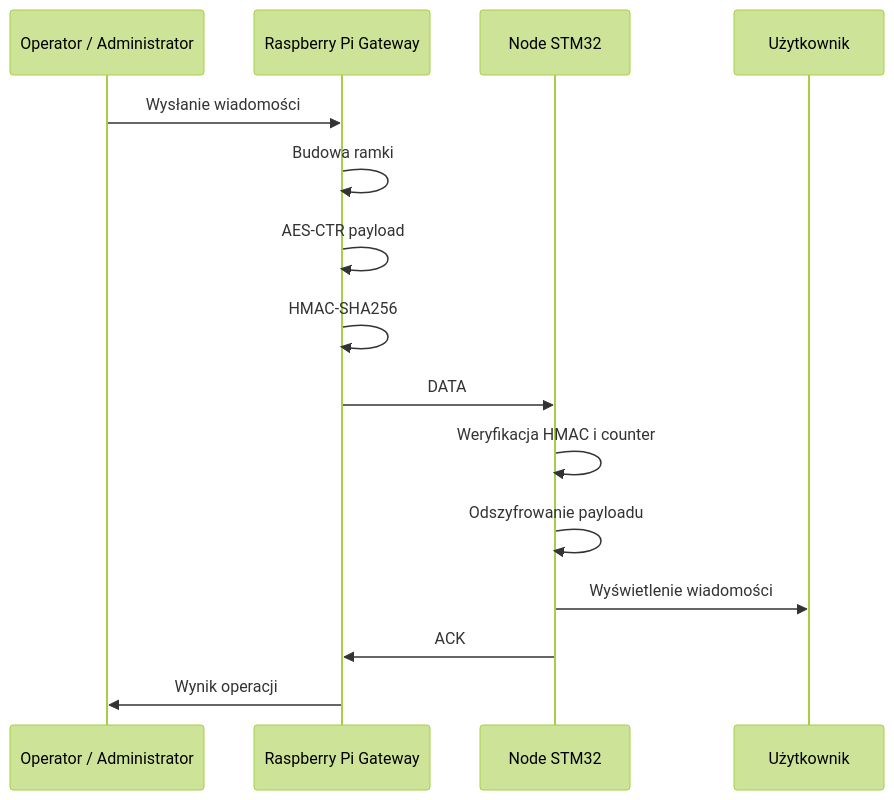
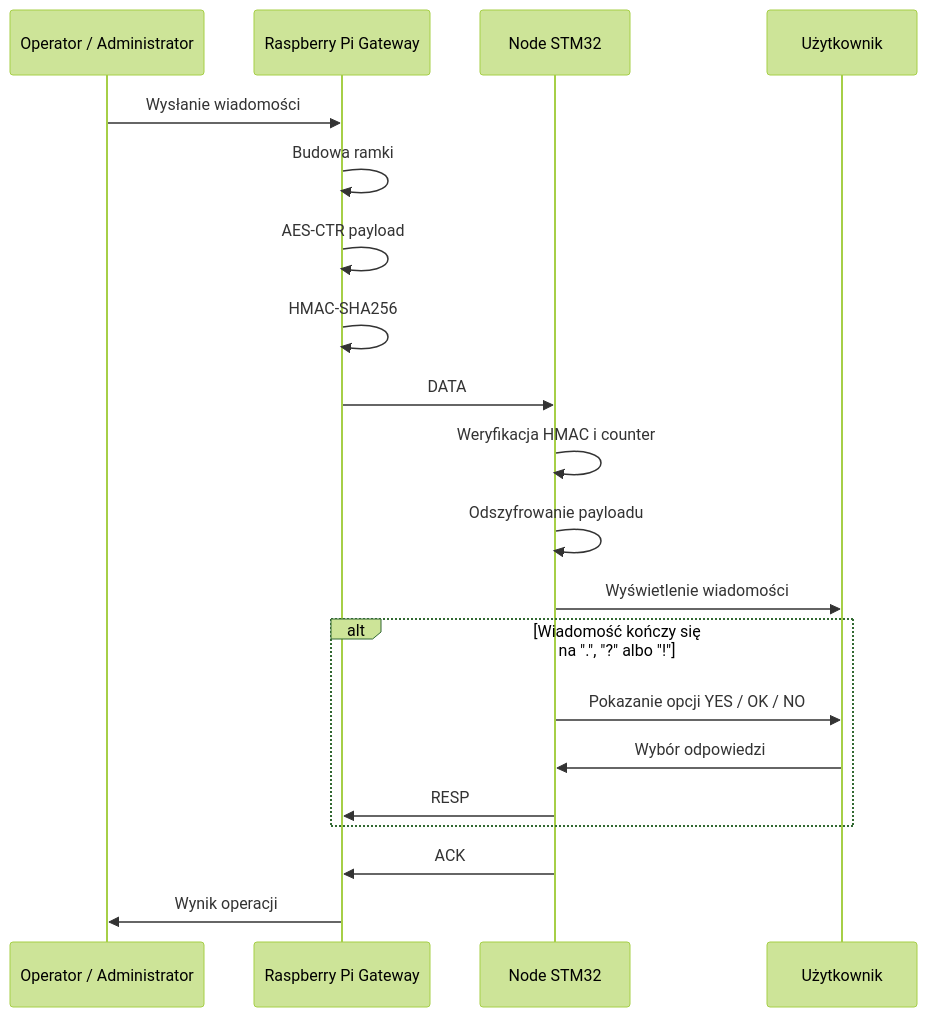
Before and after one commit to MikolajDrozdz/BEKO: the second of 5 diagrams in README.md, drawn with Mermaid (forest theme). The commit also changed other lines of this file and 14 other files, not shown here.

````diff
--- a/README.md
+++ b/README.md
@@ -301,18 +301,23 @@
 ```mermaid
 sequenceDiagram
     participant O as Operator / Administrator
     participant GW as Raspberry Pi Gateway
     participant N as Node STM32
     participant U as Użytkownik
 
     O->>GW: Wysłanie wiadomości
     GW->>GW: Budowa ramki
     GW->>GW: AES-CTR payload
     GW->>GW: HMAC-SHA256
     GW->>N: DATA
     N->>N: Weryfikacja HMAC i counter
     N->>N: Odszyfrowanie payloadu
     N->>U: Wyświetlenie wiadomości
+    alt Wiadomość kończy się na ".", "?" albo "!"
+        N->>U: Pokazanie opcji YES / OK / NO
+        U->>N: Wybór odpowiedzi
+        N->>GW: RESP
+    end
     N->>GW: ACK
     GW->>O: Wynik operacji
 ```
````
